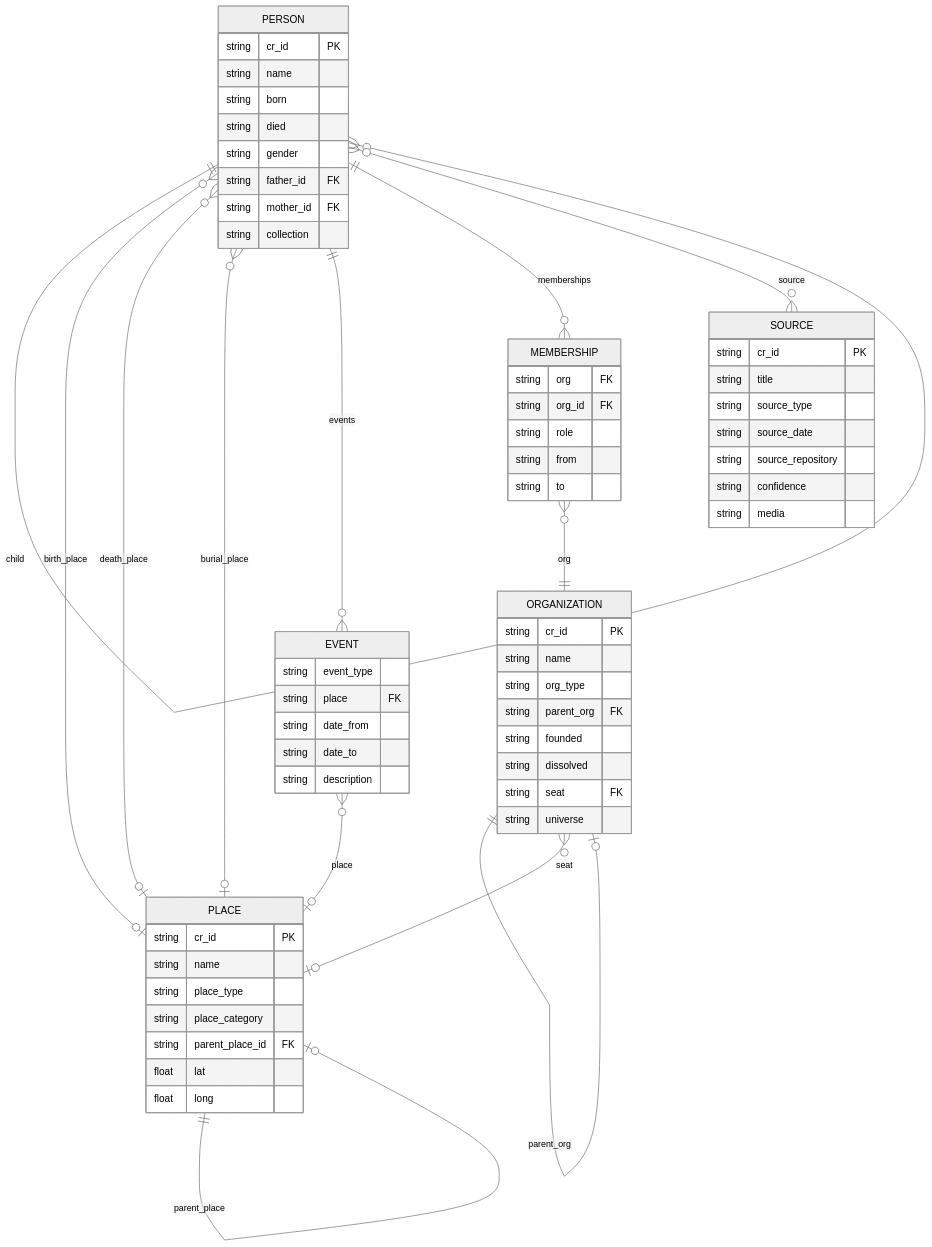
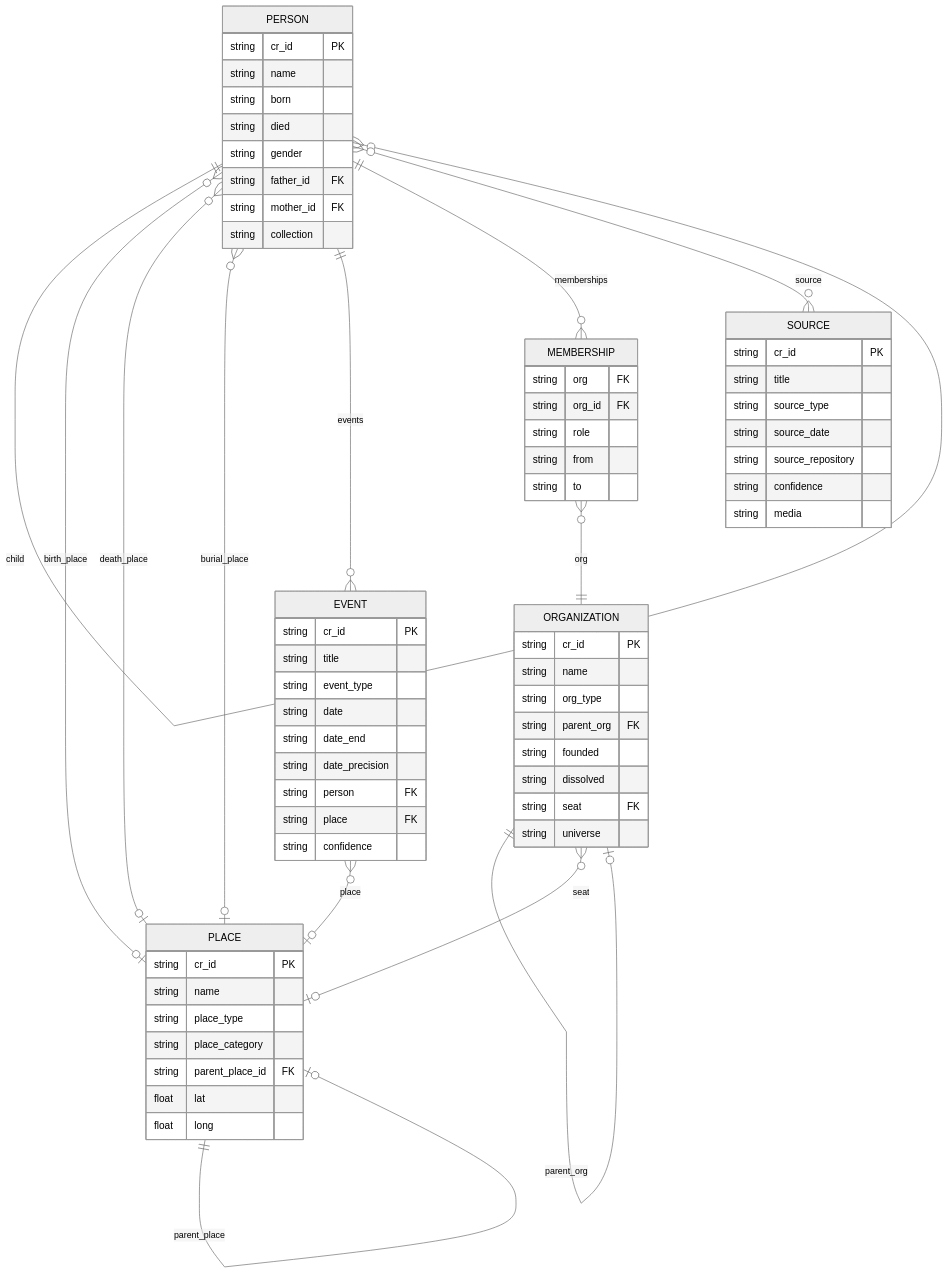
The diagram in wiki-content/Frontmatter-Reference.md (banisterious/obsidian-canvas-roots), drawn with Mermaid (neutral theme) before and after one commit. The commit also changed other lines of this file and 38 other files, not shown here.

````diff
--- a/wiki-content/Frontmatter-Reference.md
+++ b/wiki-content/Frontmatter-Reference.md
@@ -11,76 +11,80 @@
 ```mermaid
 erDiagram
     PERSON ||--o| PERSON : "father"
     PERSON ||--o| PERSON : "mother"
     PERSON }o--o{ PERSON : "spouse"
     PERSON ||--o{ PERSON : "child"
     PERSON }o--o| PLACE : "birth_place"
     PERSON }o--o| PLACE : "death_place"
     PERSON }o--o| PLACE : "burial_place"
     PERSON ||--o{ EVENT : "events"
     PERSON ||--o{ MEMBERSHIP : "memberships"
     PERSON }o--o{ SOURCE : "source"
     EVENT }o--o| PLACE : "place"
     PLACE ||--o| PLACE : "parent_place"
     ORGANIZATION ||--o| ORGANIZATION : "parent_org"
     ORGANIZATION }o--o| PLACE : "seat"
     MEMBERSHIP }o--|| ORGANIZATION : "org"
 
     PERSON {
         string cr_id PK
         string name
         string born
         string died
         string gender
         string father_id FK
         string mother_id FK
         string collection
     }
 
     EVENT {
+        string cr_id PK
+        string title
         string event_type
+        string date
+        string date_end
+        string date_precision
+        string person FK
         string place FK
-        string date_from
-        string date_to
-        string description
+        string confidence
     }
 
     PLACE {
         string cr_id PK
         string name
         string place_type
         string place_category
         string parent_place_id FK
         float lat
         float long
     }
 
     SOURCE {
         string cr_id PK
         string title
         string source_type
         string source_date
         string source_repository
         string confidence
         string media
     }
 
     ORGANIZATION {
         string cr_id PK
         string name
         string org_type
         string parent_org FK
         string founded
         string dissolved
         string seat FK
         string universe
     }
 
     MEMBERSHIP {
         string org FK
         string org_id FK
         string role
         string from
         string to
     }
 ```
````
